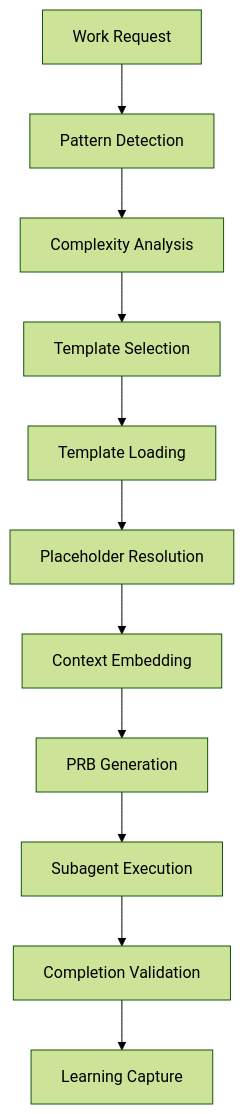
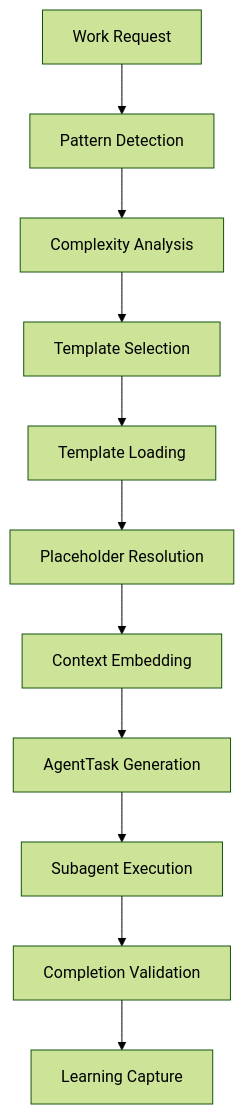
Before and after one commit to intelligentcode-ai/intelligent-claude-code: the second of 4 diagrams in docs/architecture.md, drawn with Mermaid (forest theme). The commit also changed other lines of this file and 27 other files, not shown here.

````diff
--- a/docs/architecture.md
+++ b/docs/architecture.md
@@ -164,13 +164,13 @@
 ```mermaid
 graph TD
     Request[Work Request] --> Detect[Pattern Detection]
     Detect --> Analyze[Complexity Analysis]
     Analyze --> Select[Template Selection]
     Select --> Load[Template Loading]
     Load --> Resolve[Placeholder Resolution]
     Resolve --> Embed[Context Embedding]
-    Embed --> Generate[PRB Generation]
+    Embed --> Generate[AgentTask Generation]
     Generate --> Execute[Subagent Execution]
     Execute --> Complete[Completion Validation]
     Complete --> Learn[Learning Capture]
 ```
````
